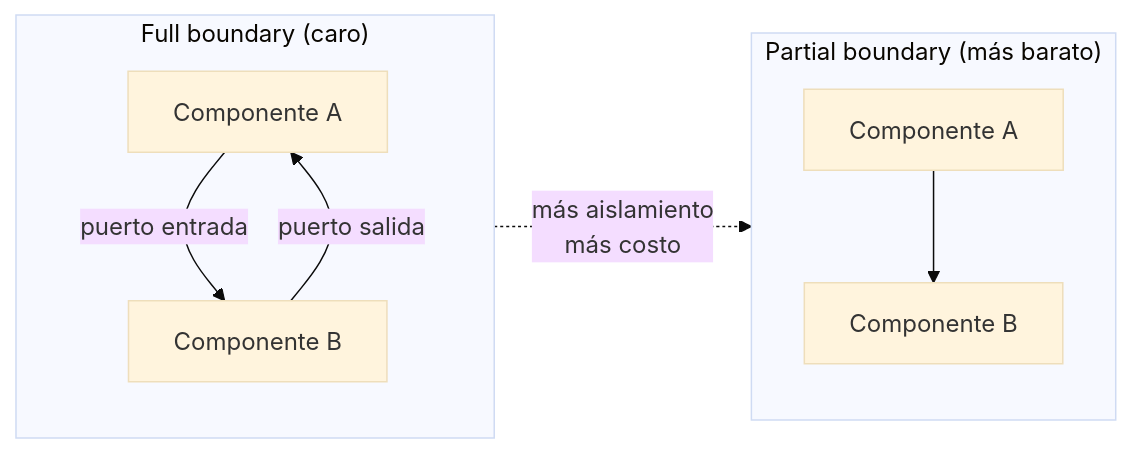
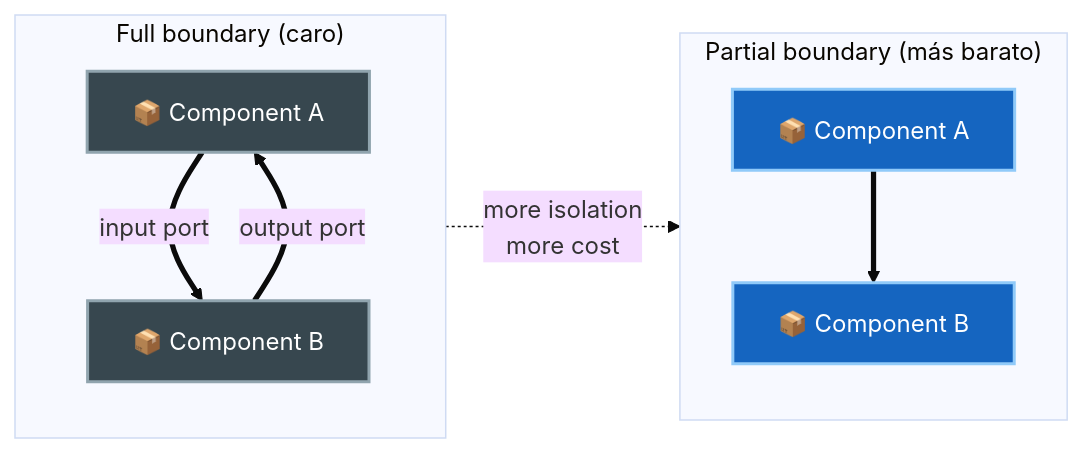
The first of 2 diagrams in 10-limites-parciales/01-full-vs-partial-boundaries.md (JavierMachucaA/clean-architecture-guia), drawn with Mermaid (base theme) before and after one commit. The commit also changed other lines of this file and 45 other files, not shown here.

````diff
--- a/10-limites-parciales/01-full-vs-partial-boundaries.md
+++ b/10-limites-parciales/01-full-vs-partial-boundaries.md
@@ -15,11 +15,16 @@
 ```mermaid
 flowchart LR
     subgraph Full["Full boundary (caro)"]
-        A1[Componente A] -->|puerto entrada| B1[Componente B]
-        B1 -->|puerto salida| A1
+        A1[📦 Component A] ==>|input port| B1[📦 Component B]
+        B1 ==>|output port| A1
     end
     subgraph Partial["Partial boundary (más barato)"]
-        A2[Componente A] --> B2[Componente B]
+        A2[📦 Component A] ==> B2[📦 Component B]
     end
-    Full -. "más aislamiento\nmás costo" .-> Partial
+    Full -. "more isolation<br/>more cost" .-> Partial
+
+    style A1 fill:#37474f,stroke:#90a4ae,color:#fff,stroke-width:2px
+    style B1 fill:#37474f,stroke:#90a4ae,color:#fff,stroke-width:2px
+    style A2 fill:#1565c0,stroke:#90caf9,color:#fff,stroke-width:2px
+    style B2 fill:#1565c0,stroke:#90caf9,color:#fff,stroke-width:2px
 ```
````
